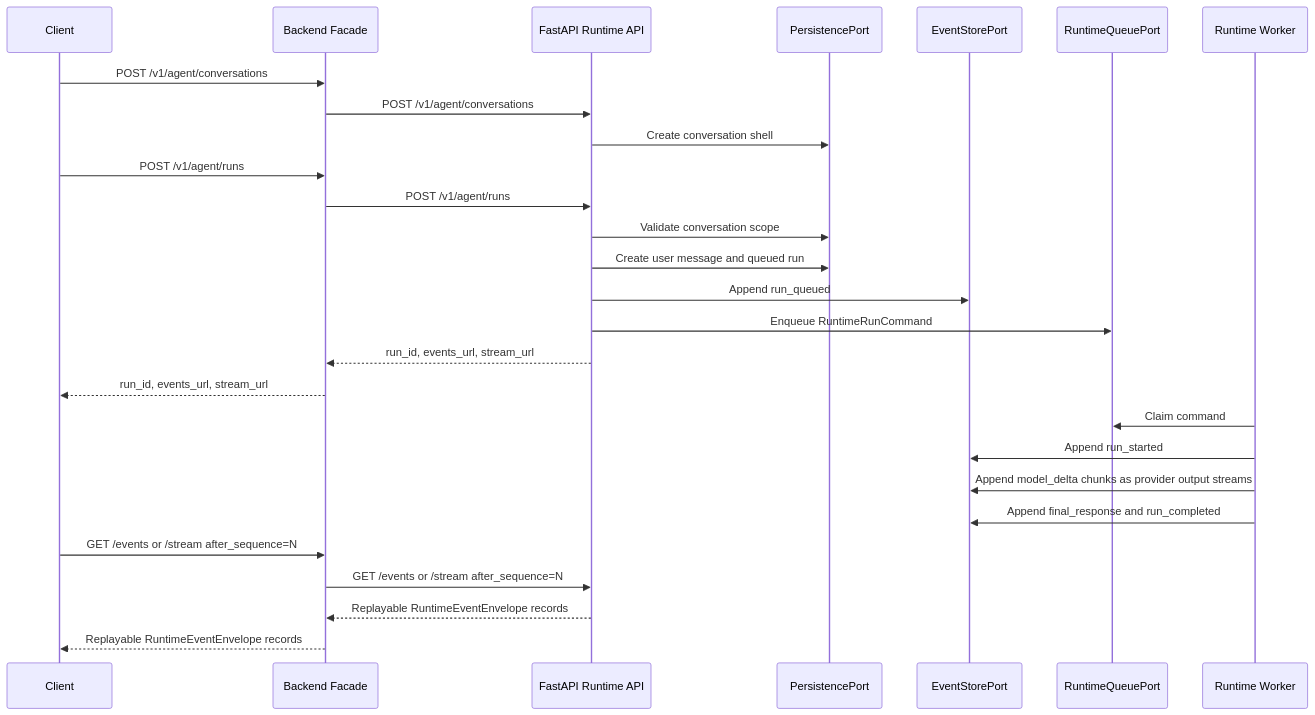
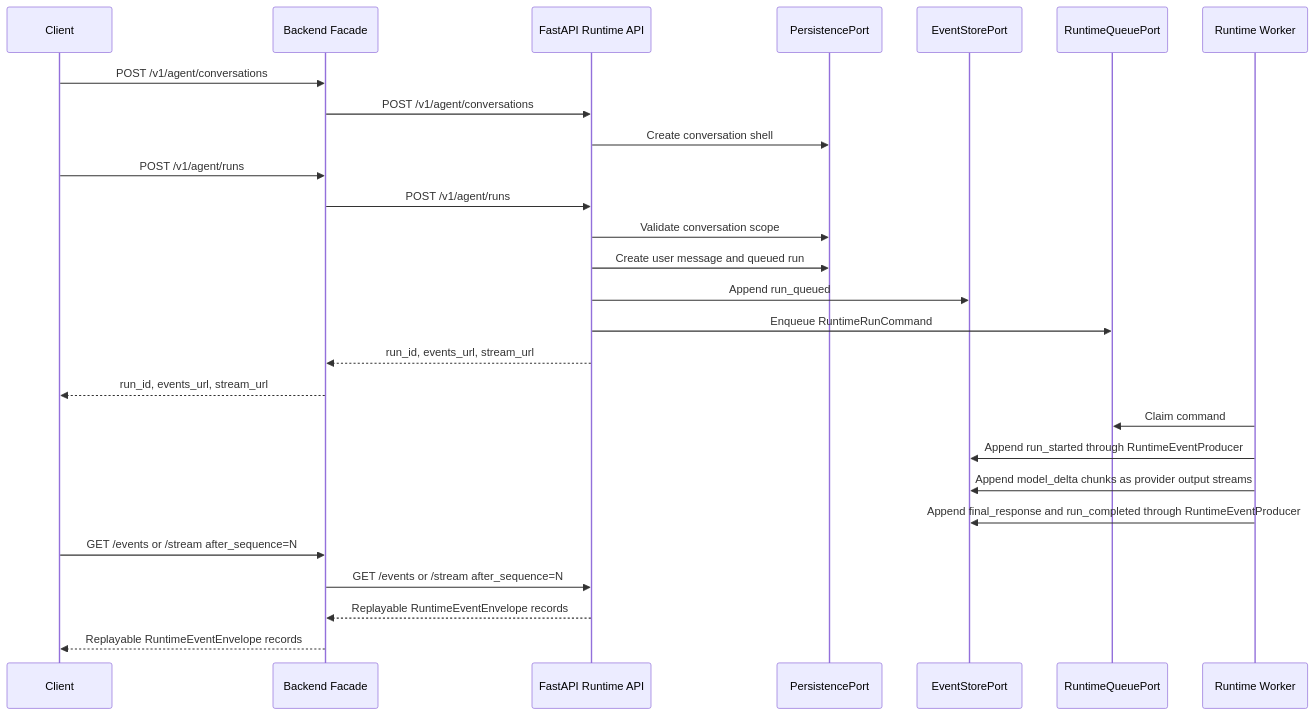
Before and after one commit to 0x-copilot-dev/0x-copilot: the diagram in services/ai-backend/docs/specs/08-fastapi-runtime-api-spec.md, drawn with Mermaid. The commit also changed other lines of this file and 54 other files, not shown here.

First line of the commit message:
Clean up runtime architecture smells

````diff
--- a/services/ai-backend/docs/specs/08-fastapi-runtime-api-spec.md
+++ b/services/ai-backend/docs/specs/08-fastapi-runtime-api-spec.md
@@ -41,30 +42,30 @@
 ```mermaid
 sequenceDiagram
   participant Client
   participant Facade as Backend Facade
   participant API as FastAPI Runtime API
   participant Store as PersistencePort
   participant Events as EventStorePort
   participant Queue as RuntimeQueuePort
   participant Worker as Runtime Worker
 
   Client->>Facade: POST /v1/agent/conversations
   Facade->>API: POST /v1/agent/conversations
   API->>Store: Create conversation shell
   Client->>Facade: POST /v1/agent/runs
   Facade->>API: POST /v1/agent/runs
   API->>Store: Validate conversation scope
   API->>Store: Create user message and queued run
   API->>Events: Append run_queued
   API->>Queue: Enqueue RuntimeRunCommand
   API-->>Facade: run_id, events_url, stream_url
   Facade-->>Client: run_id, events_url, stream_url
   Worker->>Queue: Claim command
-  Worker->>Events: Append run_started
+  Worker->>Events: Append run_started through RuntimeEventProducer
   Worker->>Events: Append model_delta chunks as provider output streams
-  Worker->>Events: Append final_response and run_completed
+  Worker->>Events: Append final_response and run_completed through RuntimeEventProducer
   Client->>Facade: GET /events or /stream after_sequence=N
   Facade->>API: GET /events or /stream after_sequence=N
   API-->>Facade: Replayable RuntimeEventEnvelope records
   Facade-->>Client: Replayable RuntimeEventEnvelope records
 ```
````
